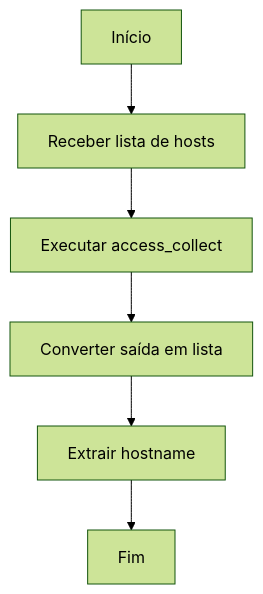
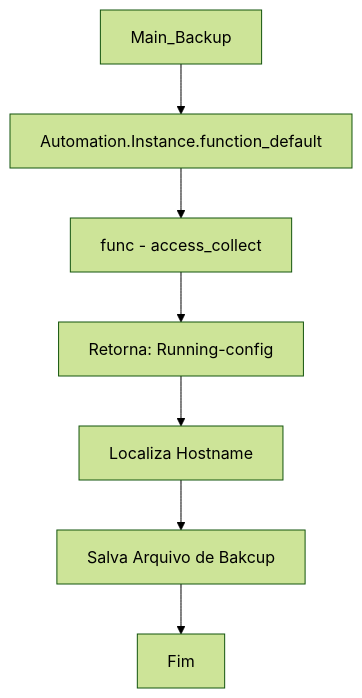
The first of 3 diagrams in Documents/Projetos/Primeiro/Ambiente/Automation/README.md (ozumaru/CiscoDevNet---Python), drawn with Mermaid (forest theme) before and after one commit. The commit also changed other lines of this file, not shown here.

````diff
--- a/Documents/Projetos/Primeiro/Ambiente/Automation/README.md
+++ b/Documents/Projetos/Primeiro/Ambiente/Automation/README.md
@@ -1,8 +6,9 @@
 ```mermaid
 flowchart TD
-    A[Início] --> B[Receber lista de hosts]
-    B --> C[Executar access_collect]
-    C --> D[Converter saída em lista]
-    D --> E[Extrair hostname]
-    E --> F[Fim]
+    A[Main_Backup] --> B[Automation.Instance.function_default]
+    B --> C[func - access_collect]
+    C --> D[Retorna: Running-config]
+    D --> E[Localiza Hostname]
+    E --> F[Salva Arquivo de Bakcup]
+    F --> G[Fim]
 ```
````
